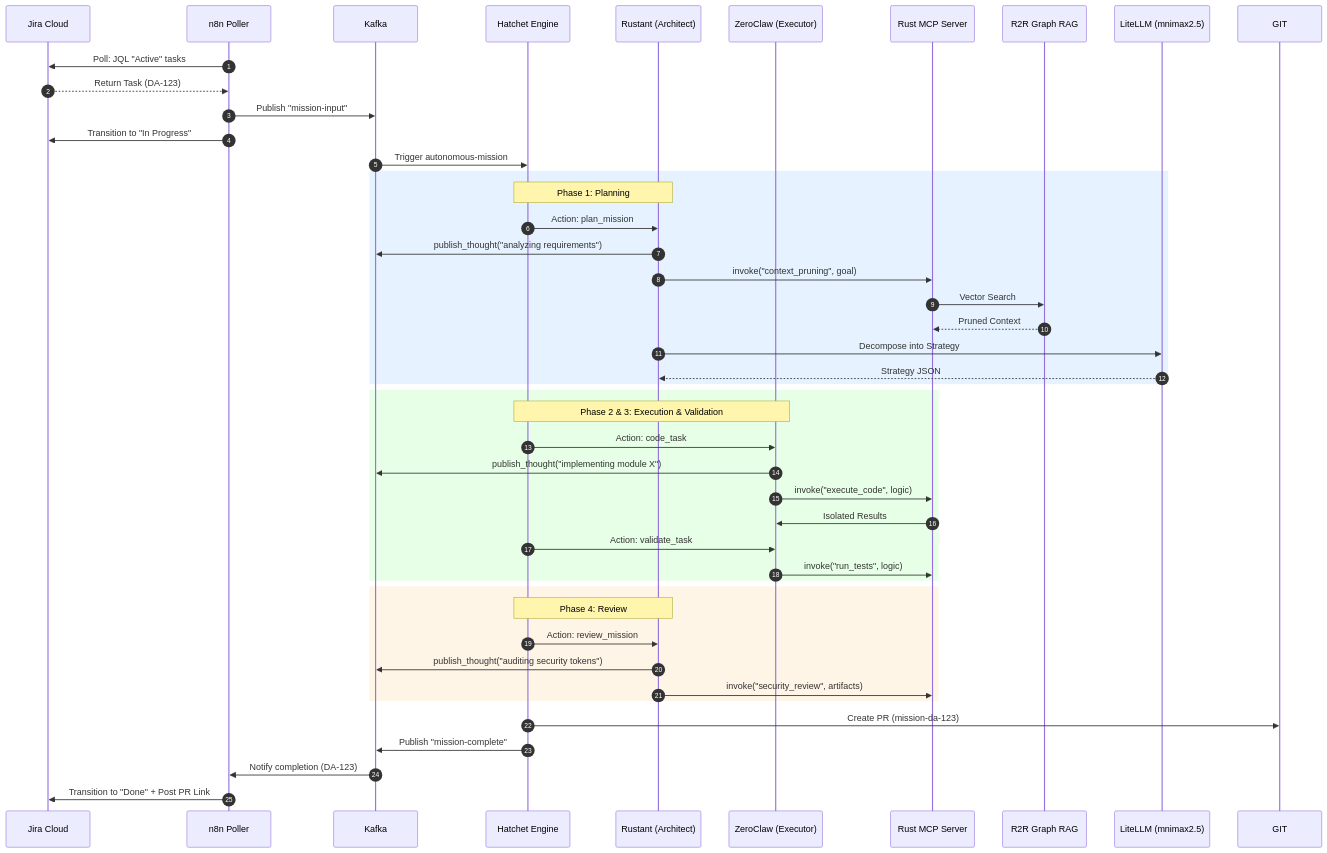
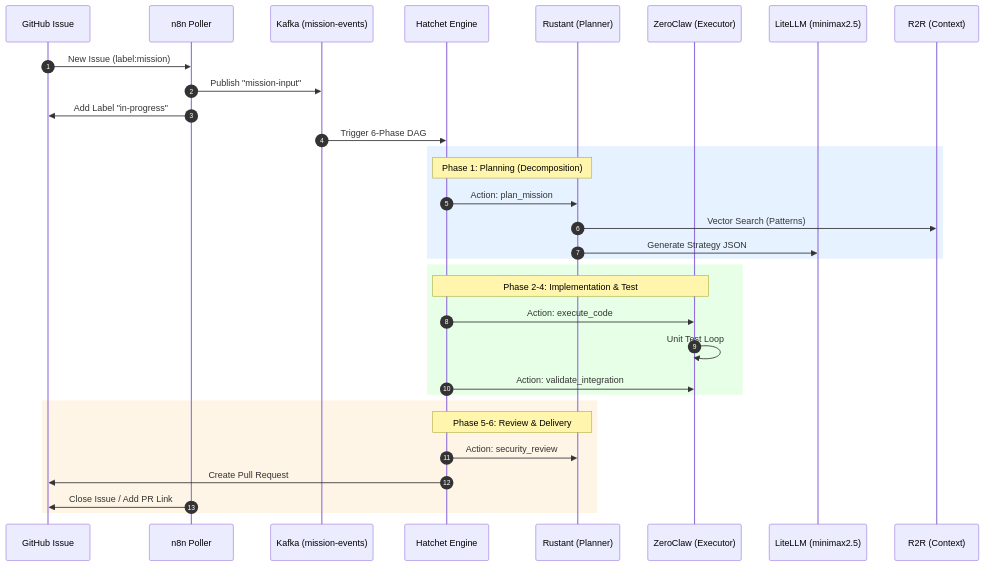
Before and after one commit to lgcorzo/rust_CACD_autonomous_factory: the first of 5 diagrams in wiki/execution_flows.md, drawn with Mermaid. The commit also changed other lines of this file and 7 other files, not shown here.

Commit message:
refactor: replace Jira with GitHub/GitLab integration and add Jules agent to documentation

````diff
--- a/wiki/execution_flows.md
+++ b/wiki/execution_flows.md
@@ -7,53 +7,39 @@
 ```mermaid
 sequenceDiagram
     autonumber
-    participant Jira as Jira Cloud
+    participant GH as GitHub Issue
     participant n8n as n8n Poller
-    participant Kafka as Kafka
+    participant Kafka as Kafka (mission-events)
     participant Hatchet as Hatchet Engine
-    participant RU as Rustant (Architect)
+    participant RU as Rustant (Planner)
     participant ZC as ZeroClaw (Executor)
-    participant MCP as Rust MCP Server
-    participant R2R as R2R Graph RAG
-    participant LLM as LiteLLM (mnimax2.5)
+    participant LLM as LiteLLM (minimax2.5)
+    participant R2R as R2R (Context)
 
-    n8n->>Jira: Poll: JQL "Active" tasks
-    Jira-->>n8n: Return Task (DA-123)
+    GH->>n8n: New Issue (label:mission)
     n8n->>Kafka: Publish "mission-input"
-    n8n->>Jira: Transition to "In Progress"
+    n8n->>GH: Add Label "in-progress"
 
-    Kafka->>Hatchet: Trigger autonomous-mission
+    Kafka->>Hatchet: Trigger 6-Phase DAG
     
     rect rgb(230, 242, 255)
-    Note over Hatchet,RU: Phase 1: Planning
+    Note over Hatchet,RU: Phase 1: Planning (Decomposition)
     Hatchet->>RU: Action: plan_mission
-    RU->>Kafka: publish_thought("analyzing requirements")
-    RU->>MCP: invoke("context_pruning", goal)
-    MCP->>R2R: Vector Search
-    R2R-->>MCP: Pruned Context
-    RU->>LLM: Decompose into Strategy
-    LLM-->>RU: Strategy JSON
+    RU->>R2R: Vector Search (Patterns)
+    RU->>LLM: Generate Strategy JSON
     end
 
     rect rgb(230, 255, 230)
-    Note over Hatchet,ZC: Phase 2 & 3: Execution & Validation
-    Hatchet->>ZC: Action: code_task
-    ZC->>Kafka: publish_thought("implementing module X")
-    ZC->>MCP: invoke("execute_code", logic)
-    MCP->>ZC: Isolated Results
-    Hatchet->>ZC: Action: validate_task
-    ZC->>MCP: invoke("run_tests", logic)
+    Note over Hatchet,ZC: Phase 2-4: Implementation & Test
+    Hatchet->>ZC: Action: execute_code
+    ZC->>ZC: Unit Test Loop
+    Hatchet->>ZC: Action: validate_integration
     end
 
     rect rgb(255, 245, 230)
-    Note over Hatchet,RU: Phase 4: Review
-    Hatchet->>RU: Action: review_mission
-    RU->>Kafka: publish_thought("auditing security tokens")
-    RU->>MCP: invoke("security_review", artifacts)
+    Note over Hatchet,RU: Phase 5-6: Review & Delivery
+    Hatchet->>RU: Action: security_review
+    Hatchet->>GH: Create Pull Request
+    n8n->>GH: Close Issue / Add PR Link
     end
-
-    Hatchet->>GIT: Create PR (mission-da-123)
-    Hatchet->>Kafka: Publish "mission-complete"
-    Kafka->>n8n: Notify completion (DA-123)
-    n8n->>Jira: Transition to "Done" + Post PR Link
 ```
````
